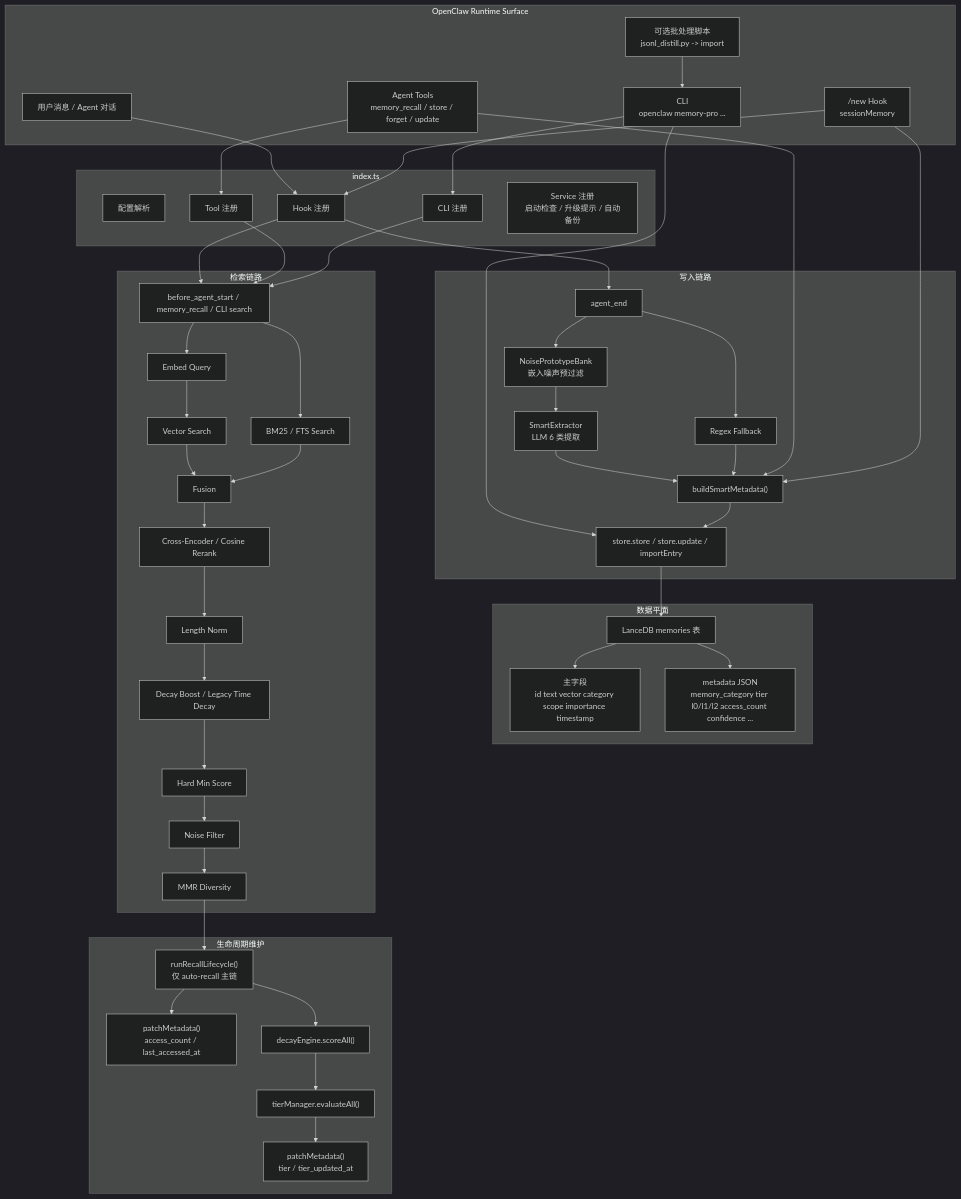
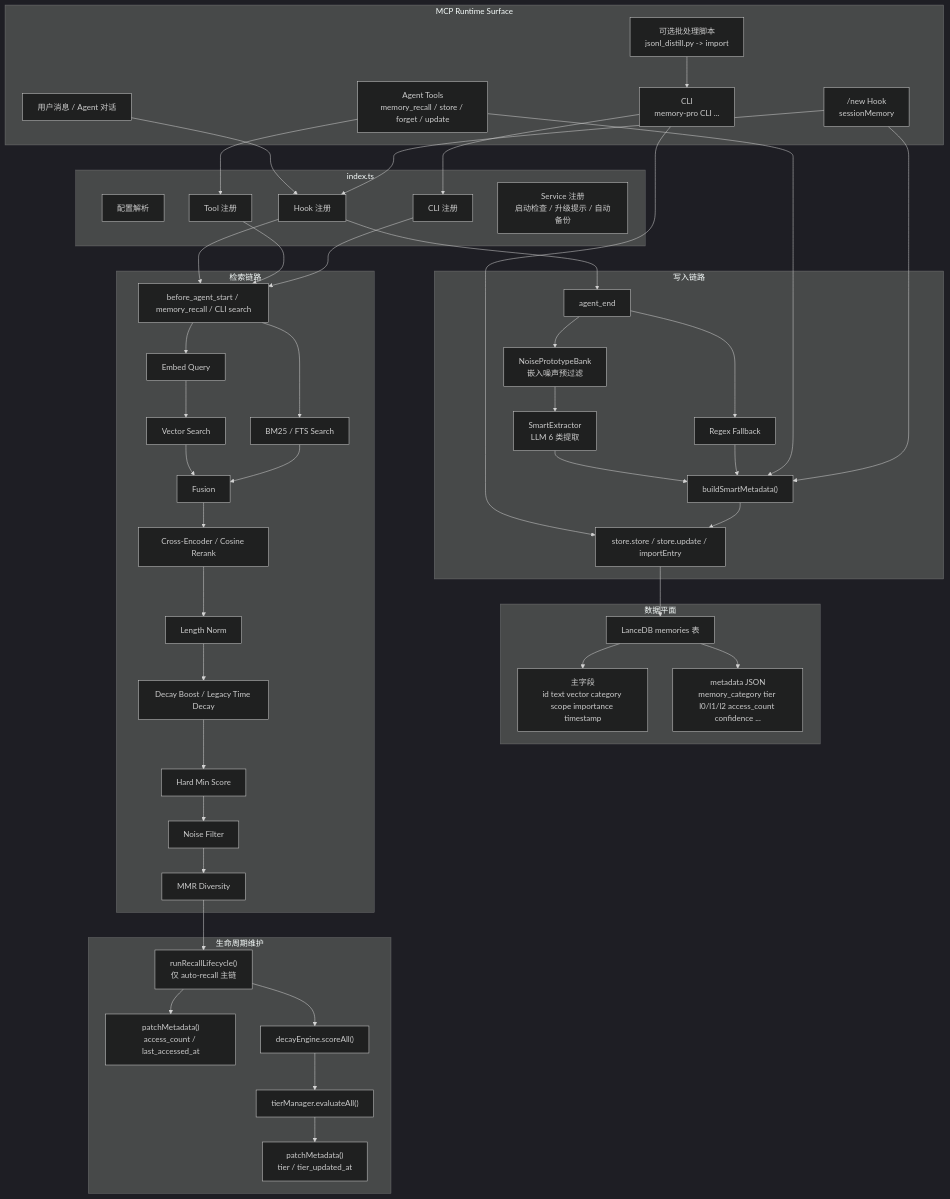
The first of 2 diagrams in docs/memory_architecture_analysis.md (cablate/memory-lancedb-mcp), drawn with Mermaid (dark theme) before and after one commit. The commit also changed other lines of this file and 24 other files, not shown here.

First line of the commit message:
chore: remove OpenClaw references, add GitHub infrastructure for standalone MCP server

````diff
--- a/docs/memory_architecture_analysis.md
+++ b/docs/memory_architecture_analysis.md
@@ -43,9 +43,9 @@
 ```mermaid
 graph TD
-    subgraph Runtime["OpenClaw Runtime Surface"]
+    subgraph Runtime["MCP Runtime Surface"]
         U["用户消息 / Agent 对话"]
         T["Agent Tools<br/>memory_recall / store / forget / update"]
-        C["CLI<br/>openclaw memory-pro ..."]
+        C["CLI<br/>memory-pro CLI ..."]
         N["/new Hook<br/>sessionMemory"]
         X["可选批处理脚本<br/>jsonl_distill.py -> import"]
     end
````
